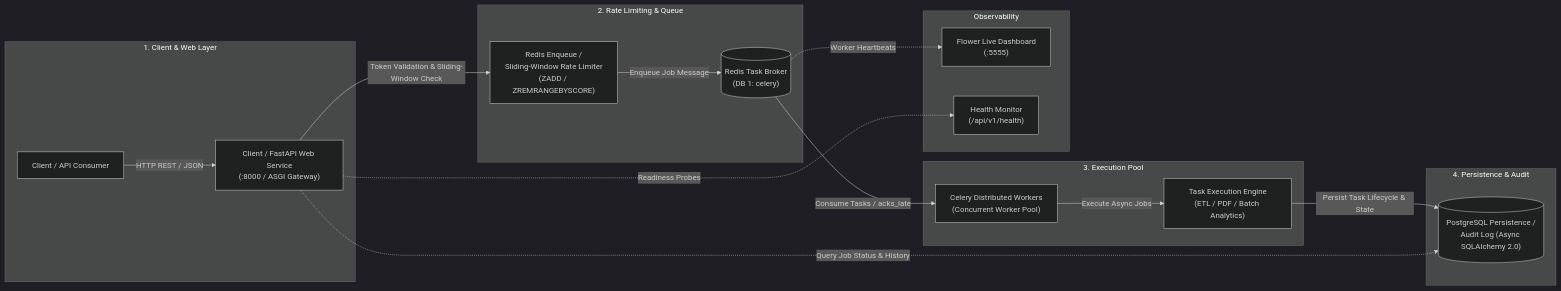
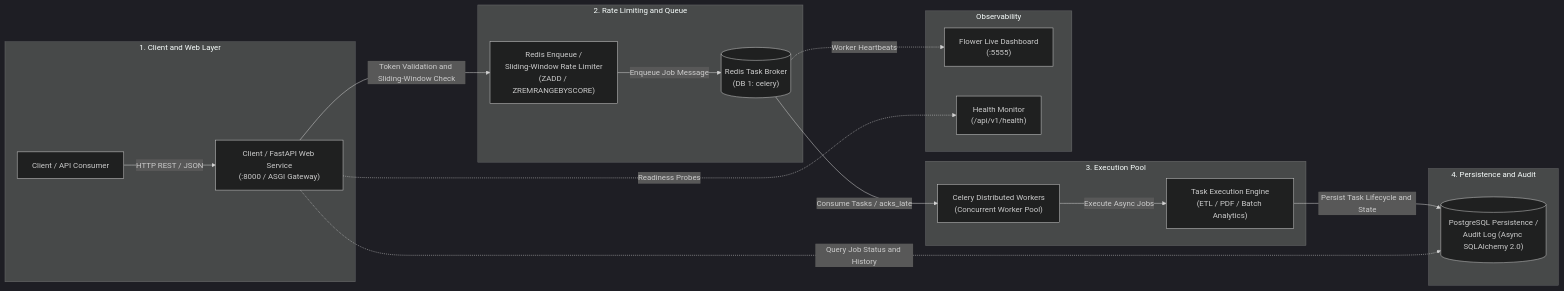
One commit to prachizala/distributed-task-engine changed the diagram in README.md. Above: the diagram before and after it, drawn with Mermaid (dark theme).

Commit message:
docs(readme): sanitize mermaid diagram syntax and remove raw ampersands

````diff
--- a/README.md
+++ b/README.md
@@ -20,26 +20,26 @@
 ```mermaid
 flowchart LR
-    subgraph ClientIngress ["1. Client & Web Layer"]
+    subgraph ClientIngress ["1. Client and Web Layer"]
         Client["Client / API Consumer"] -->|HTTP REST / JSON| FastApi["Client / FastAPI Web Service\n(:8000 / ASGI Gateway)"]
     end
 
-    subgraph RateLimitEnqueue ["2. Rate Limiting & Queue"]
-        FastApi -->|Token Validation & Sliding-Window Check| RateLimiter["Redis Enqueue /\nSliding-Window Rate Limiter\n(ZADD / ZREMRANGEBYSCORE)"]
+    subgraph RateLimitEnqueue ["2. Rate Limiting and Queue"]
+        FastApi -->|Token Validation and Sliding-Window Check| RateLimiter["Redis Enqueue /\nSliding-Window Rate Limiter\n(ZADD / ZREMRANGEBYSCORE)"]
         RateLimiter -->|Enqueue Job Message| Broker[("Redis Task Broker\n(DB 1: celery)")]
     end
 
     subgraph DistributedWorkers ["3. Execution Pool"]
         Broker -->|Consume Tasks / acks_late| Workers["Celery Distributed Workers\n(Concurrent Worker Pool)"]
         Workers -->|Execute Async Jobs| JobExec["Task Execution Engine\n(ETL / PDF / Batch Analytics)"]
     end
 
-    subgraph PersistenceAudit ["4. Persistence & Audit"]
-        JobExec -->|Persist Task Lifecycle & State| Postgres[("PostgreSQL Persistence /\nAudit Log (Async SQLAlchemy 2.0)")]
-        FastApi -.->|Query Job Status & History| Postgres
+    subgraph PersistenceAudit ["4. Persistence and Audit"]
+        JobExec -->|Persist Task Lifecycle and State| Postgres[("PostgreSQL Persistence /\nAudit Log (Async SQLAlchemy 2.0)")]
+        FastApi -.->|Query Job Status and History| Postgres
     end
 
     subgraph Observability ["Observability"]
         Broker -.->|Worker Heartbeats| Flower["Flower Live Dashboard\n(:5555)"]
         FastApi -.->|Readiness Probes| Health["Health Monitor\n(/api/v1/health)"]
     end
 ```
````
